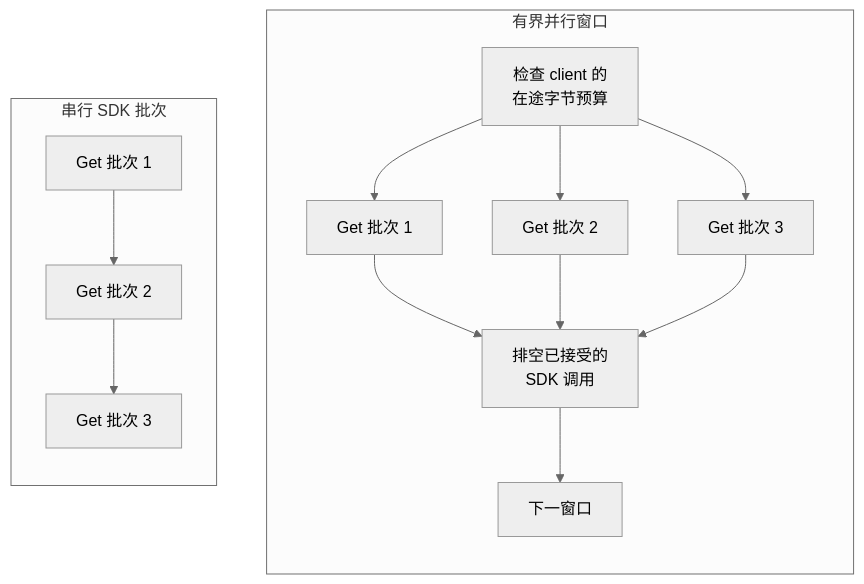
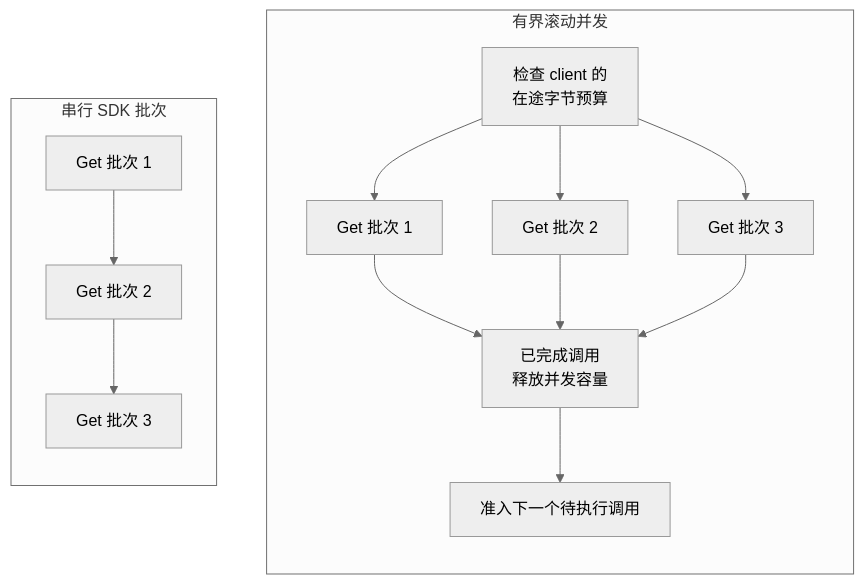
Before and after one commit to taco-project/FlexKV: the fourth of 7 diagrams in docs/cache_restore_optimizations_zh.md, drawn with Mermaid (neutral theme). The commit also changed other lines of this file and 1 other file, not shown here.

Commit message:
[misc] Preserve upstream backend style and rolling-read documentation

````diff
--- a/docs/cache_restore_optimizations_zh.md
+++ b/docs/cache_restore_optimizations_zh.md
@@ -101,18 +101,18 @@
 ```mermaid
 flowchart LR
     subgraph Before[串行 SDK 批次]
         direction TB
         A1[Get 批次 1] --> A2[Get 批次 2] --> A3[Get 批次 3]
     end
-    subgraph After[有界并行窗口]
+    subgraph After[有界滚动并发]
         direction TB
         W[检查 client 的<br/>在途字节预算] --> B1[Get 批次 1]
         W --> B2[Get 批次 2]
         W --> B3[Get 批次 3]
-        B1 --> J[排空已接受的<br/>SDK 调用]
+        B1 --> J[已完成调用<br/>释放并发容量]
         B2 --> J
         B3 --> J
-        J --> N[下一窗口]
+        J --> N[准入下一个待执行调用]
     end
     Before ~~~ After
 ```
````
